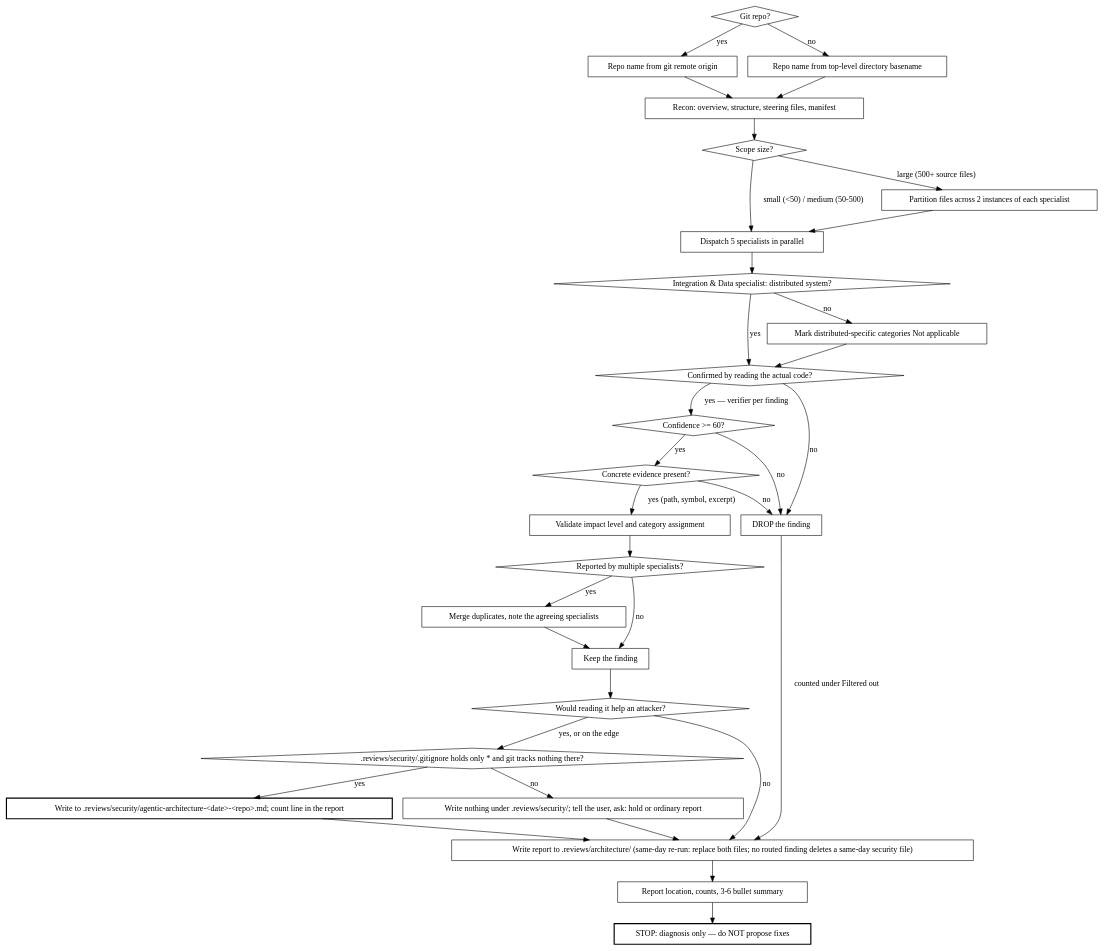
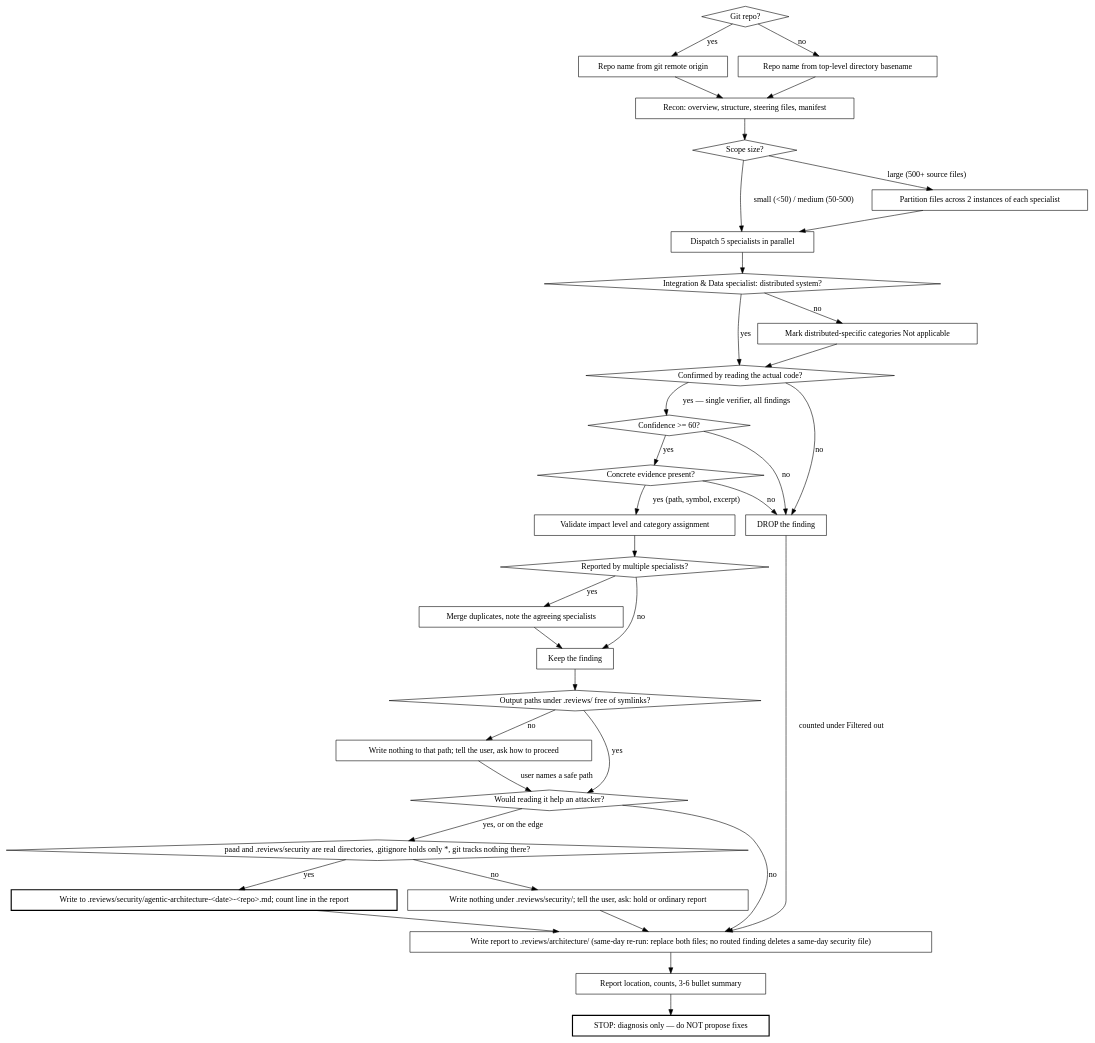
Before and after one commit to Ovid/paad: the second of 2 diagrams in kiro_and_antigravity/skills/.kiro/skills/agentic-architecture/SKILL.md, drawn with Graphviz. The commit also changed other lines of this file and 51 other files, not shown here.

````diff
--- a/kiro_and_antigravity/skills/.kiro/skills/agentic-architecture/SKILL.md
+++ b/kiro_and_antigravity/skills/.kiro/skills/agentic-architecture/SKILL.md
@@ -35,65 +37,70 @@
 ```dot
 digraph analysis_flow {
   "Git repo?" [shape=diamond];
   "Scope size?" [shape=diamond];
   "Integration & Data specialist: distributed system?" [shape=diamond];
   "Confirmed by reading the actual code?" [shape=diamond];
   "Confidence >= 60?" [shape=diamond];
   "Concrete evidence present?" [shape=diamond];
   "Reported by multiple specialists?" [shape=diamond];
 
   "Repo name from git remote origin" [shape=box];
   "Repo name from top-level directory basename" [shape=box];
   "Recon: overview, structure, steering files, manifest" [shape=box];
   "Dispatch 5 specialists in parallel" [shape=box];
   "Partition files across 2 instances of each specialist" [shape=box];
   "Mark distributed-specific categories Not applicable" [shape=box];
   "Validate impact level and category assignment" [shape=box];
   "Merge duplicates, note the agreeing specialists" [shape=box];
   "DROP the finding" [shape=box];
   "Keep the finding" [shape=box];
+  "Output paths under .reviews/ free of symlinks?" [shape=diamond];
+  "Write nothing to that path; tell the user, ask how to proceed" [shape=box];
   "Would reading it help an attacker?" [shape=diamond];
   "Write to .reviews/security/agentic-architecture-<date>-<repo>.md; count line in the report" [shape=box, style=bold];
-  ".reviews/security/.gitignore holds only * and git tracks nothing there?" [shape=diamond];
+  "paad and .reviews/security are real directories, .gitignore holds only *, git tracks nothing there?" [shape=diamond];
   "Write nothing under .reviews/security/; tell the user, ask: hold or ordinary report" [shape=box];
   "Write report to .reviews/architecture/ (same-day re-run: replace both files; no routed finding deletes a same-day security file)" [shape=box];
   "Report location, counts, 3-6 bullet summary" [shape=box];
   "STOP: diagnosis only — do NOT propose fixes" [shape=box, style=bold];
 
   "Git repo?" -> "Repo name from git remote origin" [label="yes"];
   "Git repo?" -> "Repo name from top-level directory basename" [label="no"];
   "Repo name from git remote origin" -> "Recon: overview, structure, steering files, manifest";
   "Repo name from top-level directory basename" -> "Recon: overview, structure, steering files, manifest";
   "Recon: overview, structure, steering files, manifest" -> "Scope size?";
 
   "Scope size?" -> "Dispatch 5 specialists in parallel" [label="small (<50) / medium (50-500)"];
   "Scope size?" -> "Partition files across 2 instances of each specialist" [label="large (500+ source files)"];
   "Partition files across 2 instances of each specialist" -> "Dispatch 5 specialists in parallel";
   "Dispatch 5 specialists in parallel" -> "Integration & Data specialist: distributed system?";
   "Integration & Data specialist: distributed system?" -> "Confirmed by reading the actual code?" [label="yes"];
   "Integration & Data specialist: distributed system?" -> "Mark distributed-specific categories Not applicable" [label="no"];
   "Mark distributed-specific categories Not applicable" -> "Confirmed by reading the actual code?";
 
-  "Confirmed by reading the actual code?" -> "Confidence >= 60?" [label="yes — verifier per finding"];
+  "Confirmed by reading the actual code?" -> "Confidence >= 60?" [label="yes — single verifier, all findings"];
   "Confirmed by reading the actual code?" -> "DROP the finding" [label="no"];
   "Confidence >= 60?" -> "Concrete evidence present?" [label="yes"];
   "Confidence >= 60?" -> "DROP the finding" [label="no"];
   "Concrete evidence present?" -> "Validate impact level and category assignment" [label="yes (path, symbol, excerpt)"];
   "Concrete evidence present?" -> "DROP the finding" [label="no"];
   "Validate impact level and category assignment" -> "Reported by multiple specialists?";
   "Reported by multiple specialists?" -> "Merge duplicates, note the agreeing specialists" [label="yes"];
   "Reported by multiple specialists?" -> "Keep the finding" [label="no"];
   "Merge duplicates, note the agreeing specialists" -> "Keep the finding";
 
-  "Keep the finding" -> "Would reading it help an attacker?";
-  "Would reading it help an attacker?" -> ".reviews/security/.gitignore holds only * and git tracks nothing there?" [label="yes, or on the edge"];
+  "Keep the finding" -> "Output paths under .reviews/ free of symlinks?";
+  "Would reading it help an attacker?" -> "paad and .reviews/security are real directories, .gitignore holds only *, git tracks nothing there?" [label="yes, or on the edge"];
   "Would reading it help an attacker?" -> "Write report to .reviews/architecture/ (same-day re-run: replace both files; no routed finding deletes a same-day security file)" [label="no"];
   "Write to .reviews/security/agentic-architecture-<date>-<repo>.md; count line in the report" -> "Write report to .reviews/architecture/ (same-day re-run: replace both files; no routed finding deletes a same-day security file)";
-  ".reviews/security/.gitignore holds only * and git tracks nothing there?" -> "Write to .reviews/security/agentic-architecture-<date>-<repo>.md; count line in the report" [label="yes"];
-  ".reviews/security/.gitignore holds only * and git tracks nothing there?" -> "Write nothing under .reviews/security/; tell the user, ask: hold or ordinary report" [label="no"];
+  "paad and .reviews/security are real directories, .gitignore holds only *, git tracks nothing there?" -> "Write to .reviews/security/agentic-architecture-<date>-<repo>.md; count line in the report" [label="yes"];
+  "paad and .reviews/security are real directories, .gitignore holds only *, git tracks nothing there?" -> "Write nothing under .reviews/security/; tell the user, ask: hold or ordinary report" [label="no"];
   "Write nothing under .reviews/security/; tell the user, ask: hold or ordinary report" -> "Write report to .reviews/architecture/ (same-day re-run: replace both files; no routed finding deletes a same-day security file)";
   "DROP the finding" -> "Write report to .reviews/architecture/ (same-day re-run: replace both files; no routed finding deletes a same-day security file)" [label="counted under Filtered out"];
   "Write report to .reviews/architecture/ (same-day re-run: replace both files; no routed finding deletes a same-day security file)" -> "Report location, counts, 3-6 bullet summary";
   "Report location, counts, 3-6 bullet summary" -> "STOP: diagnosis only — do NOT propose fixes";
+  "Output paths under .reviews/ free of symlinks?" -> "Would reading it help an attacker?" [label="yes"];
+  "Output paths under .reviews/ free of symlinks?" -> "Write nothing to that path; tell the user, ask how to proceed" [label="no"];
+  "Write nothing to that path; tell the user, ask how to proceed" -> "Would reading it help an attacker?" [label="user names a safe path"];
 }
 ```
````
